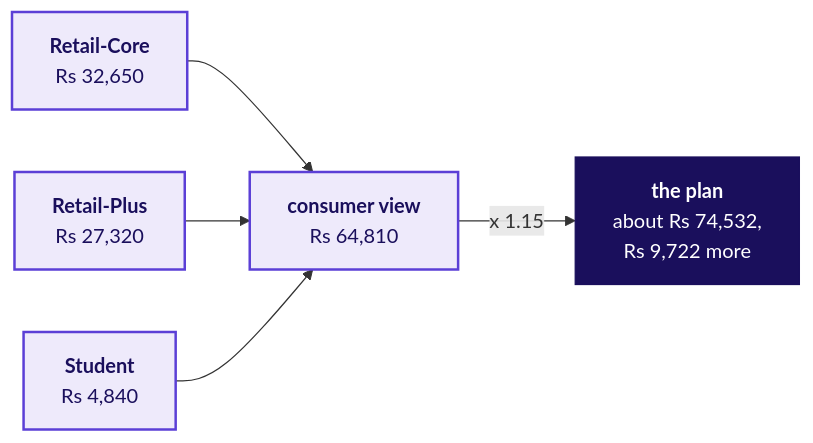
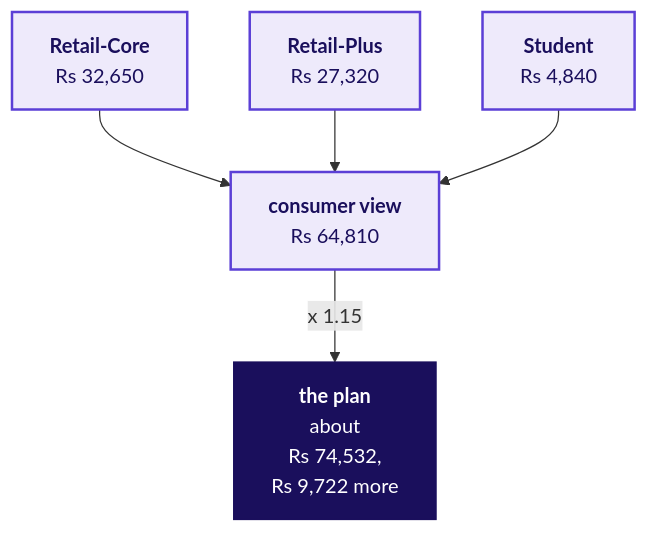
Before and after one commit to fde-academy-lab/c2-content-factory: the second of 20 diagrams in content/W01/D1/slides/C2_W01_D01_half2_STUDENT.md, drawn with Mermaid. The commit also changed other lines of this file and 32 other files, not shown here.

````diff
--- a/content/W01/D1/slides/C2_W01_D01_half2_STUDENT.md
+++ b/content/W01/D1/slides/C2_W01_D01_half2_STUDENT.md
@@ -130,11 +137,11 @@
 ```mermaid
-flowchart LR
+flowchart TB
     RC["<b>Retail-Core</b><br/>Rs 32,650"] --> V["<b>consumer view</b><br/>Rs 64,810"]
     RP["<b>Retail-Plus</b><br/>Rs 27,320"] --> V
     ST["<b>Student</b><br/>Rs 4,840"] --> V
-    V -->|"x 1.15"| P["<b>the plan</b><br/>about Rs 74,532,<br/>Rs 9,722 more"]
+    V -->|"x 1.15"| P["<b>the plan</b><br/>about<br/>Rs 74,532,<br/>Rs 9,722 more"]
     classDef known fill:#EEEAFB,stroke:#5B3FD6,color:#1A0F5C,stroke-width:2px
     classDef bet fill:#1A0F5C,stroke:#1A0F5C,color:#FFFFFF
     class RC,RP,ST,V known
     class P bet
 ```
````
